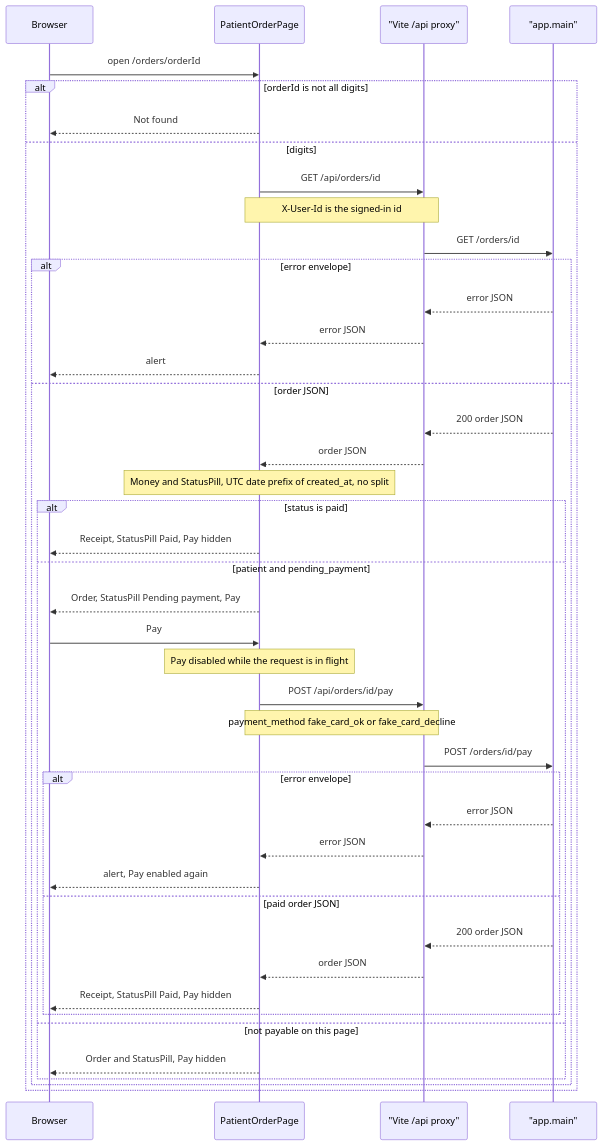
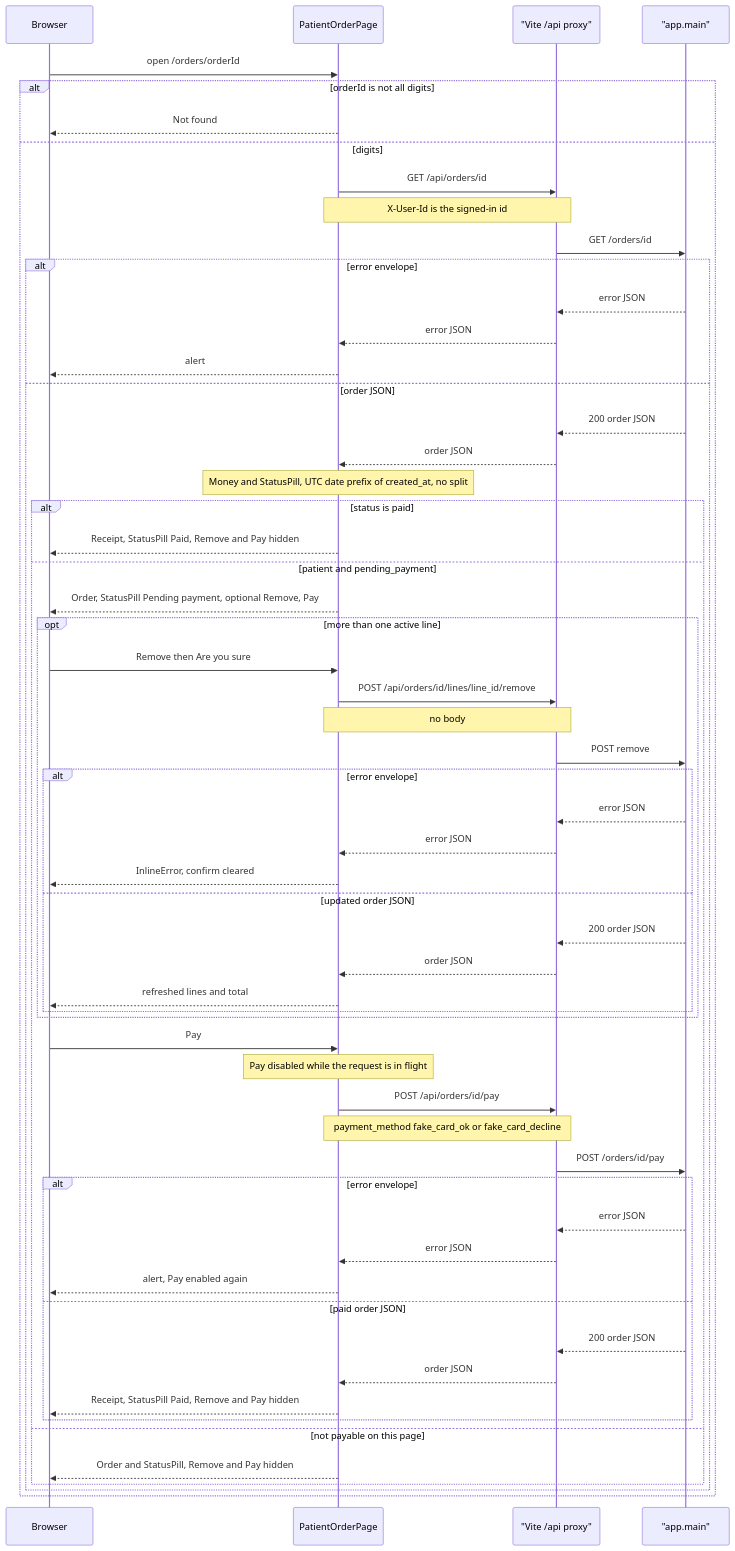
One commit to drtclem/cerbo_wk1 changed the seventh of 10 diagrams in docs/diagrams/flows/frontend-shell.md. Above: the diagram before and after it, drawn with Mermaid. The commit also changed other lines of this file and 8 other files, not shown here.

Commit message:
Diagrams for T24; D13 matches the built behavior

````diff
--- a/docs/diagrams/flows/frontend-shell.md
+++ b/docs/diagrams/flows/frontend-shell.md
@@ -315,46 +315,61 @@
 ```mermaid
 sequenceDiagram
   participant Browser
   participant Page as PatientOrderPage
   participant Proxy as "Vite /api proxy"
   participant API as "app.main"
 
   Browser->>Page: open /orders/orderId
   alt orderId is not all digits
     Page-->>Browser: Not found
   else digits
     Page->>Proxy: GET /api/orders/id
     Note over Page,Proxy: X-User-Id is the signed-in id
     Proxy->>API: GET /orders/id
     alt error envelope
       API-->>Proxy: error JSON
       Proxy-->>Page: error JSON
       Page-->>Browser: alert
     else order JSON
       API-->>Proxy: 200 order JSON
       Proxy-->>Page: order JSON
       Note over Page: Money and StatusPill, UTC date prefix of created_at, no split
       alt status is paid
-        Page-->>Browser: Receipt, StatusPill Paid, Pay hidden
+        Page-->>Browser: Receipt, StatusPill Paid, Remove and Pay hidden
       else patient and pending_payment
-        Page-->>Browser: Order, StatusPill Pending payment, Pay
+        Page-->>Browser: Order, StatusPill Pending payment, optional Remove, Pay
+        opt more than one active line
+          Browser->>Page: Remove then Are you sure
+          Page->>Proxy: POST /api/orders/id/lines/line_id/remove
+          Note over Page,Proxy: no body
+          Proxy->>API: POST remove
+          alt error envelope
+            API-->>Proxy: error JSON
+            Proxy-->>Page: error JSON
+            Page-->>Browser: InlineError, confirm cleared
+          else updated order JSON
+            API-->>Proxy: 200 order JSON
+            Proxy-->>Page: order JSON
+            Page-->>Browser: refreshed lines and total
+          end
+        end
         Browser->>Page: Pay
         Note over Page: Pay disabled while the request is in flight
         Page->>Proxy: POST /api/orders/id/pay
         Note over Page,Proxy: payment_method fake_card_ok or fake_card_decline
         Proxy->>API: POST /orders/id/pay
         alt error envelope
           API-->>Proxy: error JSON
           Proxy-->>Page: error JSON
           Page-->>Browser: alert, Pay enabled again
         else paid order JSON
           API-->>Proxy: 200 order JSON
           Proxy-->>Page: order JSON
-          Page-->>Browser: Receipt, StatusPill Paid, Pay hidden
+          Page-->>Browser: Receipt, StatusPill Paid, Remove and Pay hidden
         end
       else not payable on this page
-        Page-->>Browser: Order and StatusPill, Pay hidden
+        Page-->>Browser: Order and StatusPill, Remove and Pay hidden
       end
     end
   end
 ```
````
